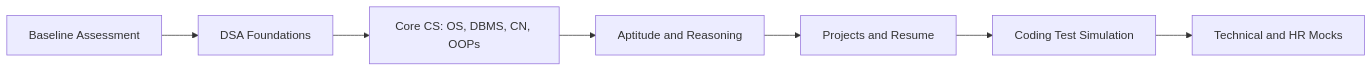
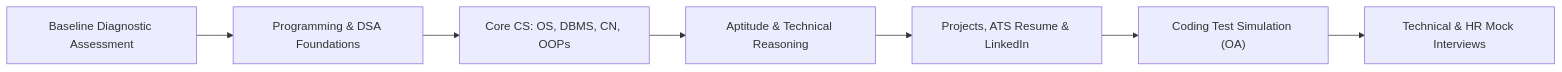
Before and after one commit to Anshitva7mishra/nms-placement-cohort: the diagram in docs/tracks/cs-it.md, drawn with Mermaid. The commit also changed other lines of this file and 24 other files, not shown here.

````diff
--- a/docs/tracks/cs-it.md
+++ b/docs/tracks/cs-it.md
@@ -8,9 +10,9 @@
 ```mermaid
 flowchart LR
-    A["Baseline Assessment"] --> B["DSA Foundations"]
+    A["Baseline Diagnostic Assessment"] --> B["Programming & DSA Foundations"]
     B --> C["Core CS: OS, DBMS, CN, OOPs"]
-    C --> D["Aptitude and Reasoning"]
-    D --> E["Projects and Resume"]
-    E --> F["Coding Test Simulation"]
-    F --> G["Technical and HR Mocks"]
+    C --> D["Aptitude & Technical Reasoning"]
+    D --> E["Projects, ATS Resume & LinkedIn"]
+    E --> F["Coding Test Simulation (OA)"]
+    F --> G["Technical & HR Mock Interviews"]
 ```
````
